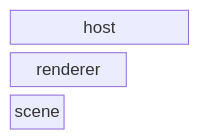
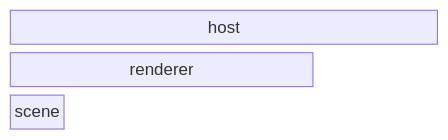
The first of 4 diagrams in ARCHITECTURE.md (McNopper/Theia), drawn with Mermaid before and after one commit. The commit also changed other lines of this file and 27 other files, not shown here.

````diff
--- a/ARCHITECTURE.md
+++ b/ARCHITECTURE.md
@@ -12,9 +12,9 @@
 ```mermaid
 block-beta
-    columns 3
-    host["host"]:3
-    renderer["renderer"]:2
-    space
+    columns 7
+    host["host"]:7
+    renderer["renderer"]:5
+    space:2
     scene["scene"]
-    space:2
+    space:6
 ```
````
